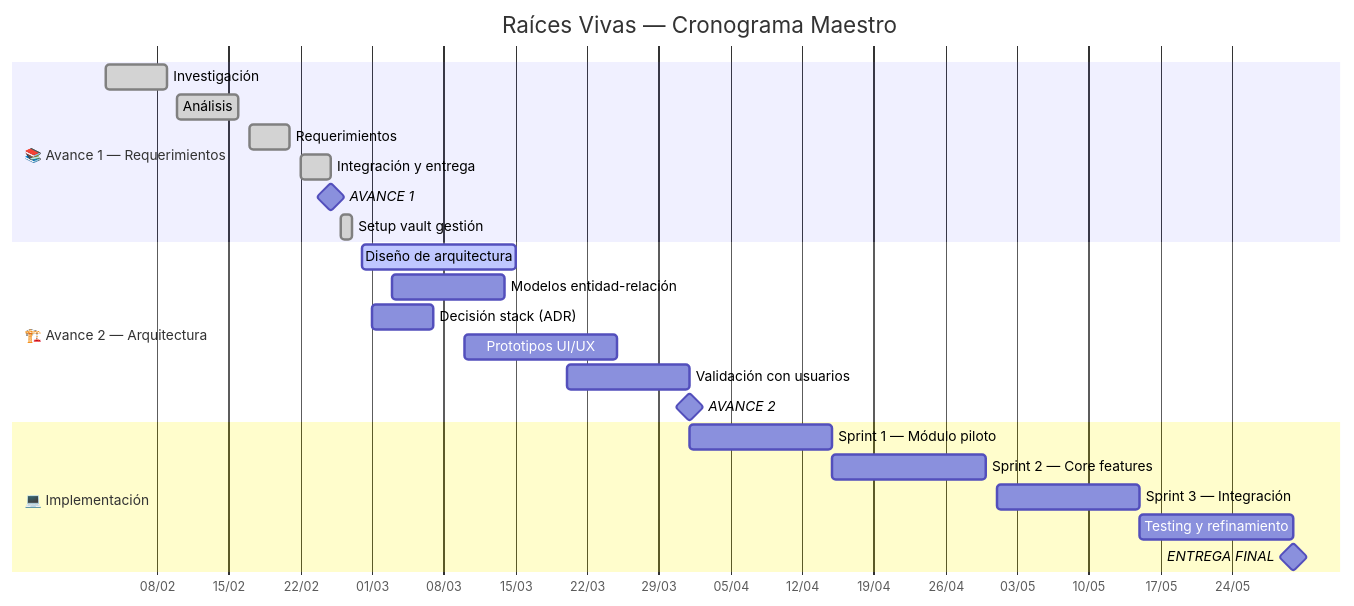
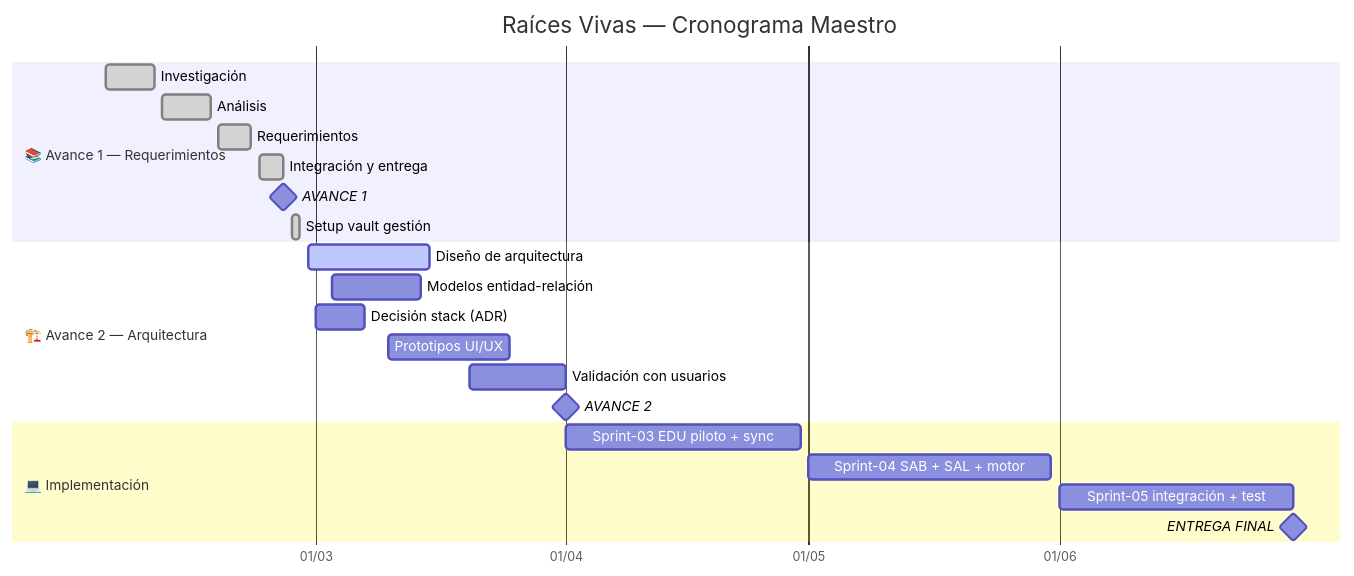
Before and after one commit to yonrasgg/RAICES_VIVAS: the first of 3 diagrams in 00-Dashboard/Roadmap.md, drawn with Mermaid. The commit also changed other lines of this file and 1 other file, not shown here.

Commit message:
Actualización automática en Raíces Vivas – 2026-03-26 17:53:49 Host: Cambios: 2 archivos modificados — M 00-Dashboard/Home.md 00-Dashboard/Roadmap.md
Affected files:
00-Dashboard/Home.md
00-Dashboard/Roadmap.md

````diff
--- a/00-Dashboard/Roadmap.md
+++ b/00-Dashboard/Roadmap.md
@@ -17,30 +17,29 @@
 ```mermaid
 gantt
     title Raíces Vivas — Cronograma Maestro
     dateFormat YYYY-MM-DD
     axisFormat %d/%m
     todayMarker stroke-width:3px,stroke:#f66,opacity:0.8
 
     section 📚 Avance 1 — Requerimientos
     Investigación           :done,   a1, 2026-02-03, 2026-02-09
     Análisis                :done,   a2, 2026-02-10, 2026-02-16
     Requerimientos          :done,   a3, 2026-02-17, 2026-02-21
     Integración y entrega   :done,   a4, 2026-02-22, 2026-02-25
     AVANCE 1                :milestone, m1, 2026-02-25, 0d
     Setup vault gestión     :done,   a5, 2026-02-26, 2026-02-27
 
     section 🏗️ Avance 2 — Arquitectura
     Diseño de arquitectura  :active, b1, 2026-02-28, 2026-03-15
     Modelos entidad-relación:        b2, 2026-03-03, 2026-03-14
     Decisión stack (ADR)    :        b3, 2026-03-01, 2026-03-07
     Prototipos UI/UX        :        b4, 2026-03-10, 2026-03-25
     Validación con usuarios :        b5, 2026-03-20, 2026-04-01
     AVANCE 2                :milestone, m2, 2026-04-01, 0d
 
     section 💻 Implementación
-    Sprint 1 — Módulo piloto:        c1, 2026-04-01, 2026-04-15
-    Sprint 2 — Core features:        c2, 2026-04-15, 2026-04-30
-    Sprint 3 — Integración  :        c3, 2026-05-01, 2026-05-15
-    Testing y refinamiento  :        c4, 2026-05-15, 2026-05-30
-    ENTREGA FINAL           :milestone, m3, 2026-05-30, 0d
+    Sprint-03 EDU piloto + sync  :        c1, 2026-04-01, 2026-04-30
+    Sprint-04 SAB + SAL + motor  :        c2, 2026-05-01, 2026-05-31
+    Sprint-05 integración + test :        c3, 2026-06-01, 2026-06-30
+    ENTREGA FINAL           :milestone, m3, 2026-06-30, 0d
 ```
````
